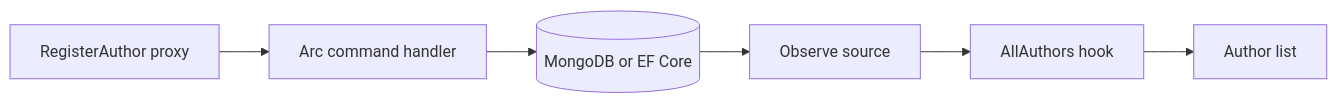
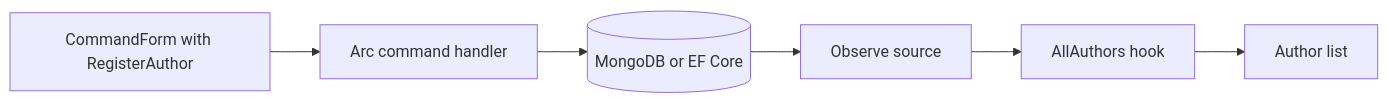
Before and after one commit to Cratis/Arc: the diagram in Documentation/frontend/react/getting-started.mdx, drawn with Mermaid. The commit also changed other lines of this file and 3 other files, not shown here.

First line of the commit message:
Lead frontend getting started with CommandForm and Components fields

````diff
--- a/Documentation/frontend/react/getting-started.mdx
+++ b/Documentation/frontend/react/getting-started.mdx
@@ -97,8 +128,8 @@
 ```mermaid
 flowchart LR
-    Form[RegisterAuthor proxy] --> Backend[Arc command handler]
+    Form[CommandForm with RegisterAuthor] --> Backend[Arc command handler]
     Backend --> DB[(MongoDB or EF Core)]
     DB --> Observe[Observe source]
     Observe --> Query[AllAuthors hook]
     Query --> List[Author list]
 ```
````
